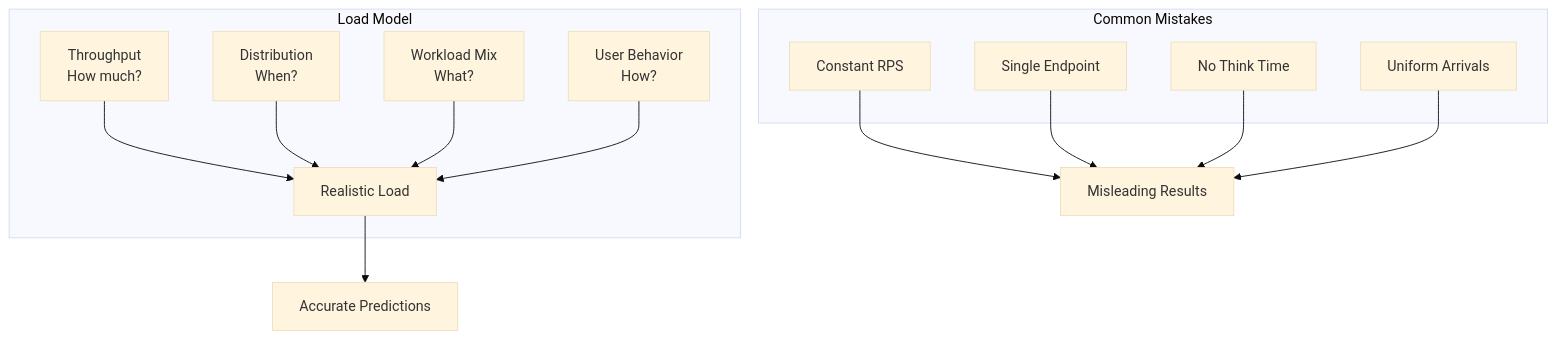
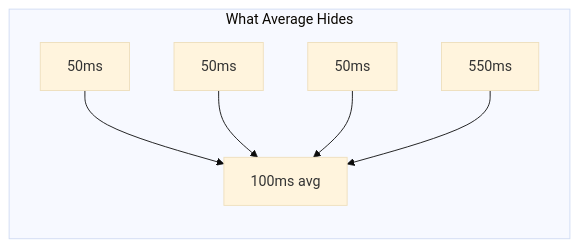
Before and after one commit to webstackdev/astro.webstackbuilders.com: the diagram in src/content/articles/performance-testing-load-models-benchmark-accuracy/index.mdx, drawn with Mermaid (base theme). The commit also changed other lines of this file and 6 other files, not shown here.

Commit message:
Add platform-architecture-control-plane-data-plane-separation articles

````diff
--- a/src/content/articles/performance-testing-load-models-benchmark-accuracy/index.mdx
+++ b/src/content/articles/performance-testing-load-models-benchmark-accuracy/index.mdx
@@ -115,22 +95,9 @@
 ```mermaid
-graph TD
-    subgraph "Load Model"
-        A[Throughput<br/>How much?] --> E[Realistic Load]
-        B[Distribution<br/>When?] --> E
-        C[Workload Mix<br/>What?] --> E
-        D[User Behavior<br/>How?] --> E
+graph LR
+    subgraph "What Average Hides"
+        A[50ms] --> M[100ms avg]
+        B[50ms] --> M
+        C[50ms] --> M
+        D[550ms] --> M
     end
-
-    subgraph "Common Mistakes"
-        F[Constant RPS]
-        G[Single Endpoint]
-        H[No Think Time]
-        I[Uniform Arrivals]
-    end
-
-    E --> J[Accurate Predictions]
-    F --> K[Misleading Results]
-    G --> K
-    H --> K
-    I --> K
 ```
````
